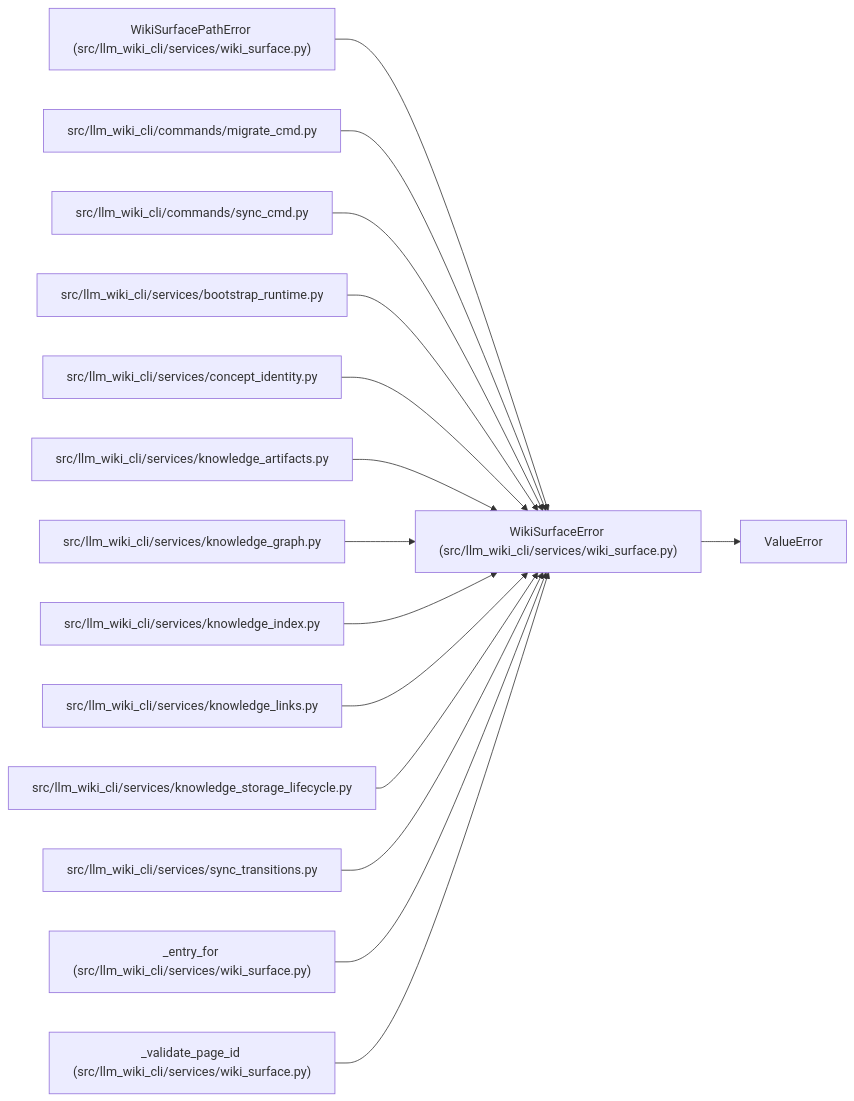
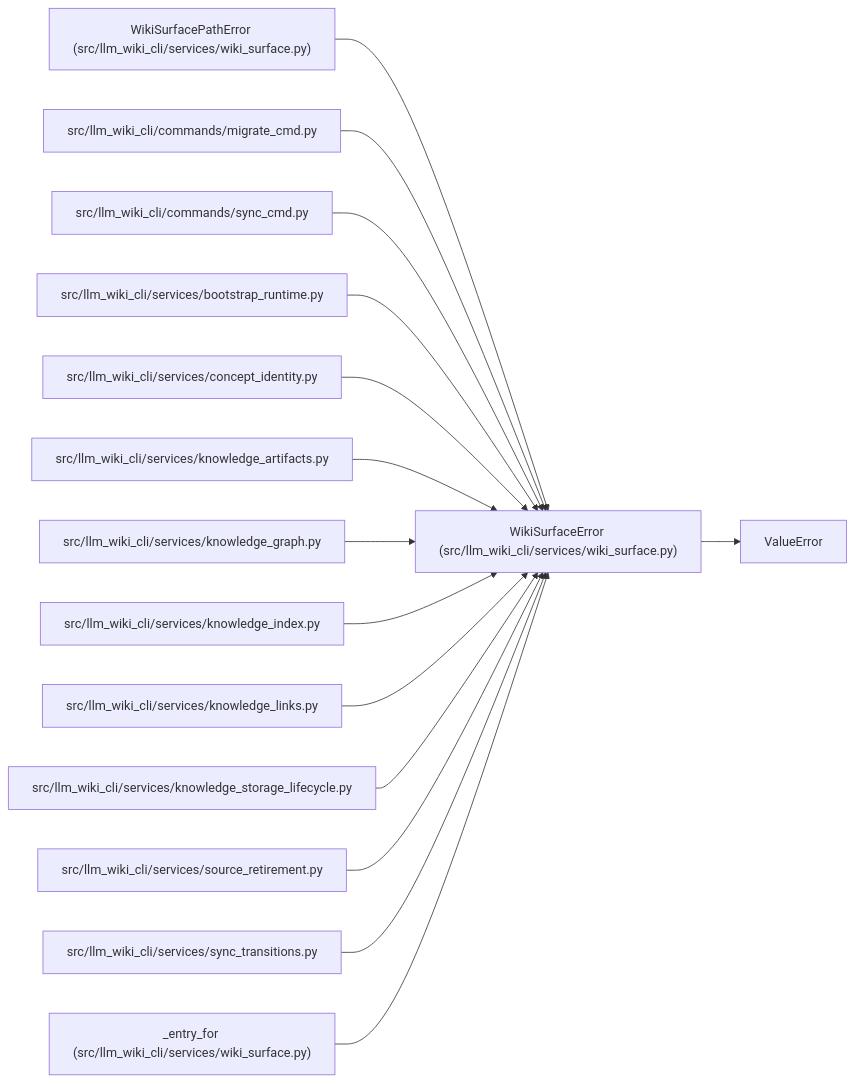
One commit to Denissvgn/python-wiki-llm changed the diagram in docs/llm_wiki/entities/WikiSurfaceError.md. Above: the diagram before and after it, drawn with Mermaid. The commit also changed other lines of this file and 473 other files, not shown here.

Commit message:
docs(wiki): document source member retirement and custody

````diff
--- a/docs/llm_wiki/entities/WikiSurfaceError.md
+++ b/docs/llm_wiki/entities/WikiSurfaceError.md
@@ -23,46 +23,46 @@
 ```mermaid
 flowchart LR
     n0["WikiSurfaceError (src/llm_wiki_cli/services/wiki_surface.py)"]
     n1["ValueError"]
     n2["WikiSurfacePathError (src/llm_wiki_cli/services/wiki_surface.py)"]
     n3["src/llm_wiki_cli/commands/migrate_cmd.py"]
     n4["src/llm_wiki_cli/commands/sync_cmd.py"]
     n5["src/llm_wiki_cli/services/bootstrap_runtime.py"]
     n6["src/llm_wiki_cli/services/concept_identity.py"]
     n7["src/llm_wiki_cli/services/knowledge_artifacts.py"]
     n8["src/llm_wiki_cli/services/knowledge_graph.py"]
     n9["src/llm_wiki_cli/services/knowledge_index.py"]
     n10["src/llm_wiki_cli/services/knowledge_links.py"]
     n11["src/llm_wiki_cli/services/knowledge_storage_lifecycle.py"]
-    n12["src/llm_wiki_cli/services/sync_transitions.py"]
-    n13["_entry_for (src/llm_wiki_cli/services/wiki_surface.py)"]
-    n14["_validate_page_id (src/llm_wiki_cli/services/wiki_surface.py)"]
+    n12["src/llm_wiki_cli/services/source_retirement.py"]
+    n13["src/llm_wiki_cli/services/sync_transitions.py"]
+    n14["_entry_for (src/llm_wiki_cli/services/wiki_surface.py)"]
     n0 --> n1
     n2 --> n0
     n3 --> n0
     n4 --> n0
     n5 --> n0
     n6 --> n0
     n7 --> n0
     n8 --> n0
     n9 --> n0
     n10 --> n0
     n11 --> n0
     n12 --> n0
     n13 --> n0
     n14 --> n0
     click n0 "../modules/wiki_surface.md"
     click n2 "../modules/wiki_surface.md"
     click n3 "../modules/migrate_cmd.md"
     click n4 "../modules/sync_cmd.md"
     click n5 "../modules/bootstrap_runtime.md"
     click n6 "../modules/concept_identity.md"
     click n7 "../modules/knowledge_artifacts.md"
     click n8 "../modules/knowledge_graph.md"
     click n9 "../modules/knowledge_index.md"
     click n10 "../modules/knowledge_links.md"
     click n11 "../modules/knowledge_storage_lifecycle.md"
-    click n12 "../modules/sync_transitions.md"
-    click n13 "../modules/wiki_surface.md"
+    click n12 "../modules/source_retirement.md"
+    click n13 "../modules/sync_transitions.md"
     click n14 "../modules/wiki_surface.md"
 ```
````
